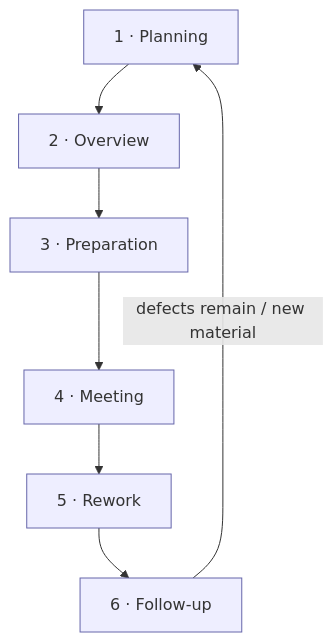
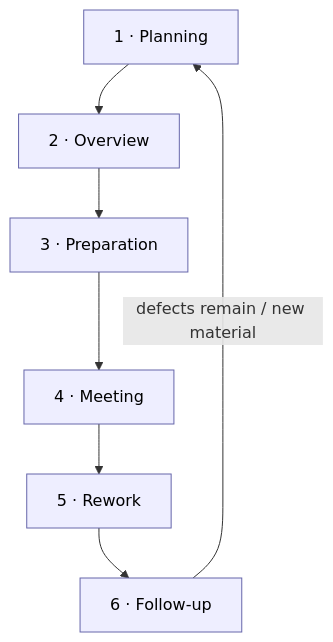
One commit to vrthra/open-swe-book changed the second of 2 diagrams in chapters/08-static-checking/README.md. Above: the diagram before and after it, drawn with Mermaid. The commit also changed other lines of this file and 9 other files, not shown here.

Commit message:
Fix for typos and diagrams in dark mode

````diff
--- a/chapters/08-static-checking/README.md
+++ b/chapters/08-static-checking/README.md
@@ -140,11 +140,11 @@
 ```mermaid
 flowchart TD
     P["1 · Planning"] --> O["2 · Overview"]
     O --> Pr["3 · Preparation"]
     Pr --> M["4 · Meeting"]
     M --> Rw["5 · Rework"]
     Rw --> F["6 · Follow-up"]
     F -->|defects remain / new material| P
-    classDef ph fill:#eef,stroke:#66a;
+    classDef ph fill:#eef,stroke:#66a,color:#000;
     class P,O,Pr,M,Rw,F ph;
 ```
````
